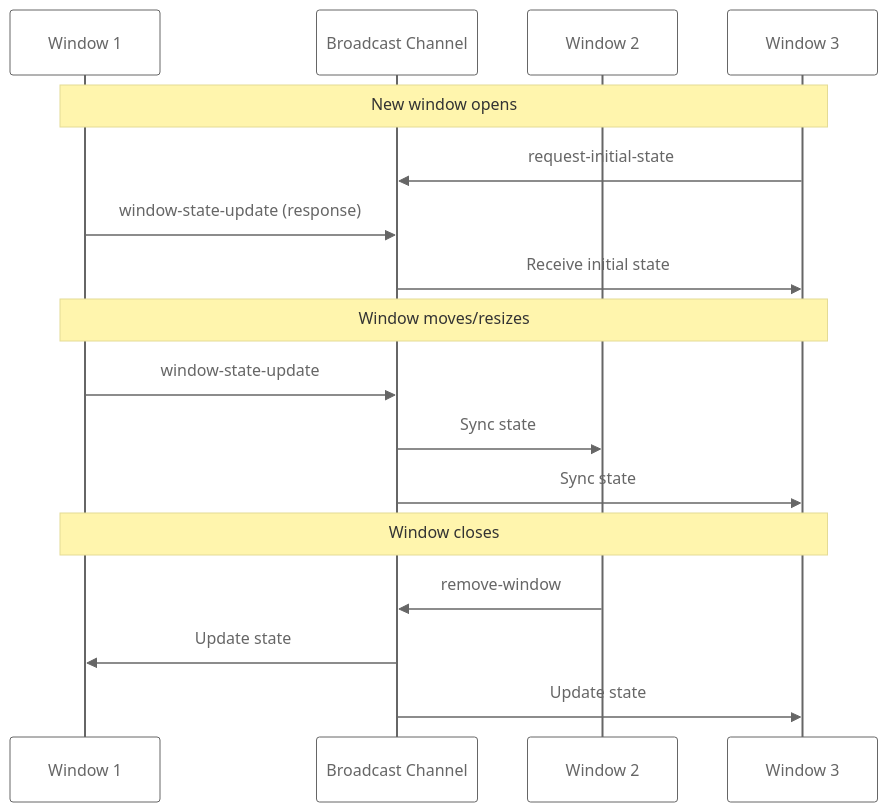
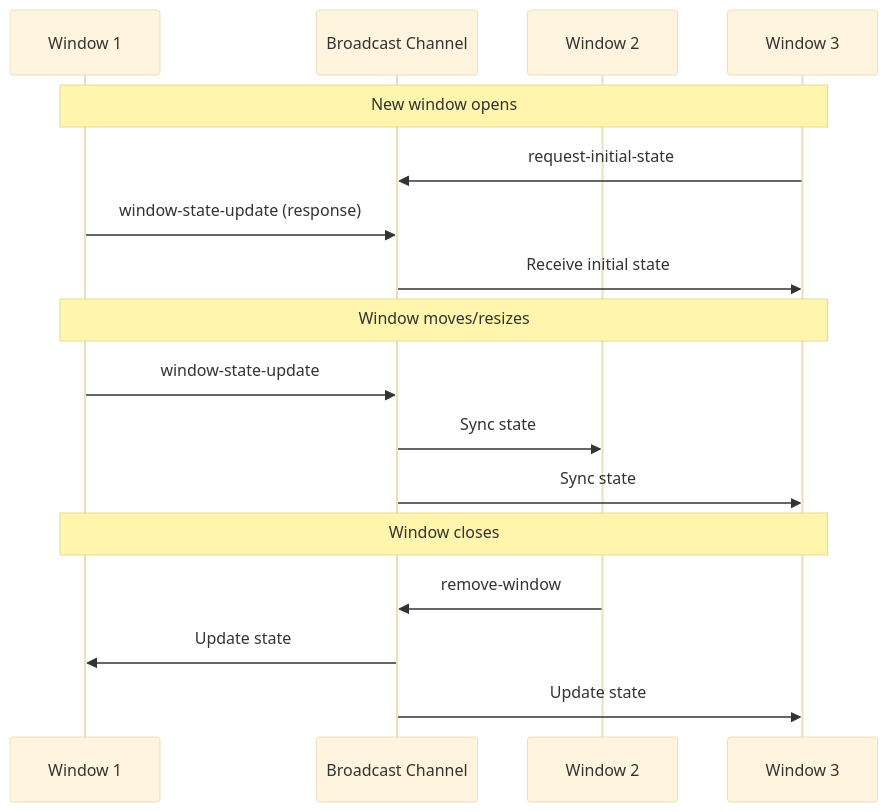
One commit to Akurganow/browser-windows-sync changed the second of 2 diagrams in README.md. Above: the diagram before and after it, drawn with Mermaid.

Commit message:
docs: simplify mermaid theme in README diagrams

````diff
--- a/README.md
+++ b/README.md
@@ -113,23 +113,23 @@
 ```mermaid
-%%{init: {'theme':'base', 'themeVariables': { 'primaryColor': '#ffffff', 'primaryTextColor': '#666', 'primaryBorderColor': '#666', 'lineColor': '#666', 'secondaryColor': '#f0f0f0', 'tertiaryColor': '#ffffff', 'background': '#ffffff', 'mainBkg': '#ffffff', 'secondBkg': '#f0f0f0', 'tertiaryBkg': '#ffffff'}}}%%
+%%{init: {'theme':'base'}}%%
 sequenceDiagram
     participant W1 as Window 1
     participant BC as Broadcast Channel
     participant W2 as Window 2
     participant W3 as Window 3
     
     Note over W1,W3: New window opens
     W3->>BC: request-initial-state
     W1->>BC: window-state-update (response)
     BC->>W3: Receive initial state
     
     Note over W1,W3: Window moves/resizes
     W1->>BC: window-state-update
     BC->>W2: Sync state
     BC->>W3: Sync state
     
     Note over W1,W3: Window closes
     W2->>BC: remove-window
     BC->>W1: Update state
     BC->>W3: Update state
 ```
````
